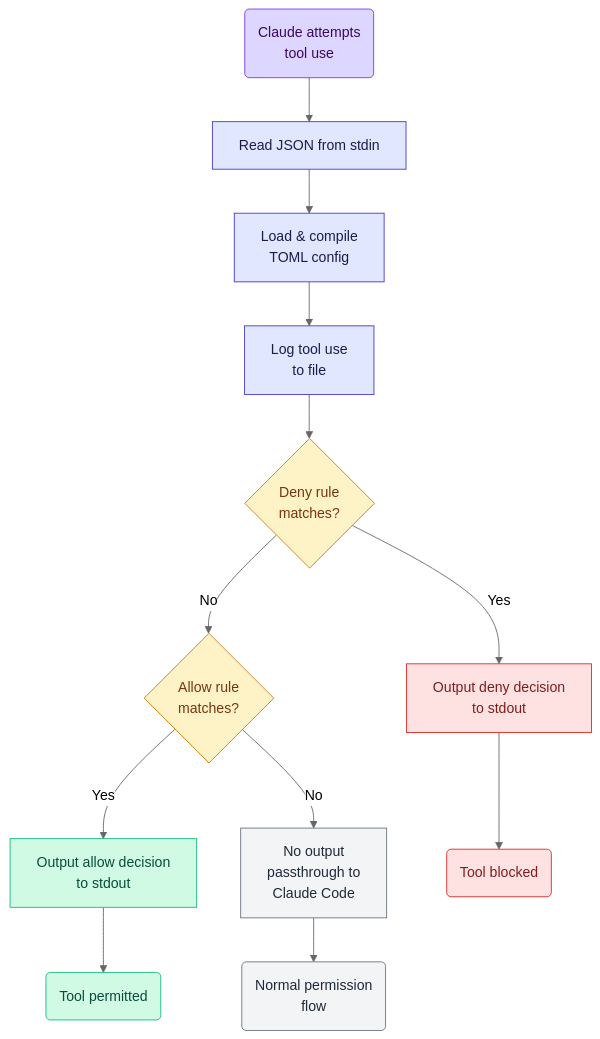
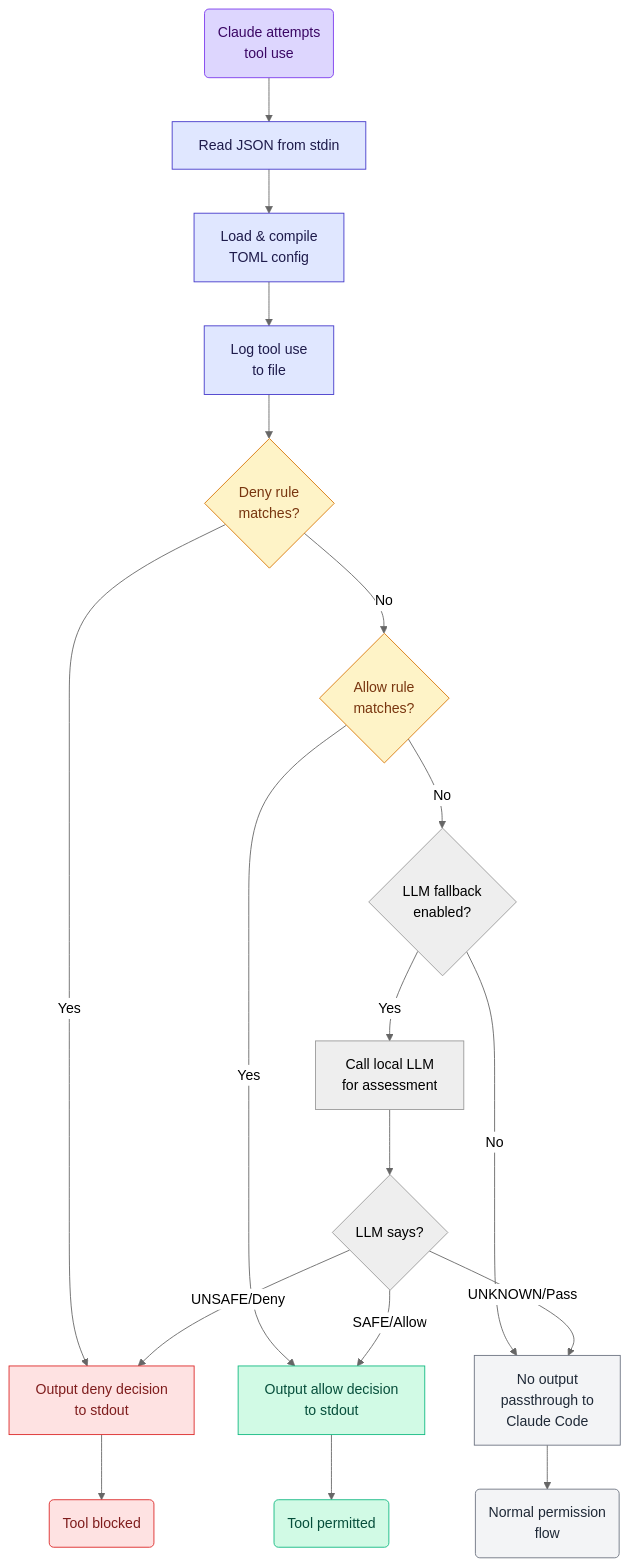
Before and after one commit to EricBLivingston/claude-code-permissions-hook: the diagram in README.md, drawn with Mermaid (neutral theme). The commit also changed other lines of this file and 18 other files, not shown here.

````diff
--- a/README.md
+++ b/README.md
@@ -124,44 +232,55 @@
 ```mermaid
 flowchart TB
     Start@{shape: rounded, label: "Claude attempts<br/>tool use"}
     ReadInput[Read JSON from stdin]
     LoadConfig[Load & compile<br/>TOML config]
     LogUse[Log tool use<br/>to file]
     CheckDeny@{shape: diamond, label: "Deny rule<br/>matches?"}
     CheckAllow@{shape: diamond, label: "Allow rule<br/>matches?"}
+    CheckLLM@{shape: diamond, label: "LLM fallback<br/>enabled?"}
+    CallLLM[Call local LLM<br/>for assessment]
+    LLMDecision@{shape: diamond, label: "LLM says?"}
     OutputDeny[Output deny decision<br/>to stdout]
     OutputAllow[Output allow decision<br/>to stdout]
     NoOutput[No output<br/>passthrough to<br/>Claude Code]
     EndDeny@{shape: rounded, label: "Tool blocked"}
     EndAllow@{shape: rounded, label: "Tool permitted"}
     EndPass@{shape: rounded, label: "Normal permission<br/>flow"}
 
     Start --> ReadInput
     ReadInput --> LoadConfig
     LoadConfig --> LogUse
     LogUse --> CheckDeny
 
     CheckDeny -->|Yes| OutputDeny
     CheckDeny -->|No| CheckAllow
 
     CheckAllow -->|Yes| OutputAllow
-    CheckAllow -->|No| NoOutput
+    CheckAllow -->|No| CheckLLM
+
+    CheckLLM -->|Yes| CallLLM
+    CheckLLM -->|No| NoOutput
+
+    CallLLM --> LLMDecision
+    LLMDecision -->|SAFE/Allow| OutputAllow
+    LLMDecision -->|UNSAFE/Deny| OutputDeny
+    LLMDecision -->|UNKNOWN/Pass| NoOutput
 
     OutputDeny --> EndDeny
     OutputAllow --> EndAllow
     NoOutput --> EndPass
 
     classDef processStyle fill:#e0e7ff,stroke:#4338ca,color:#1e1b4b
     classDef decisionStyle fill:#fef3c7,stroke:#d97706,color:#78350f
     classDef denyStyle fill:#fee2e2,stroke:#dc2626,color:#7f1d1d
     classDef allowStyle fill:#d1fae5,stroke:#10b981,color:#064e3b
     classDef passStyle fill:#f3f4f6,stroke:#6b7280,color:#1f2937
     classDef startEndStyle fill:#ddd6fe,stroke:#7c3aed,color:#3b0764
 
     class ReadInput,LoadConfig,LogUse processStyle
     class CheckDeny,CheckAllow decisionStyle
     class OutputDeny,EndDeny denyStyle
     class OutputAllow,EndAllow allowStyle
     class NoOutput,EndPass passStyle
     class Start,StartEnd startEndStyle
 ```
````
